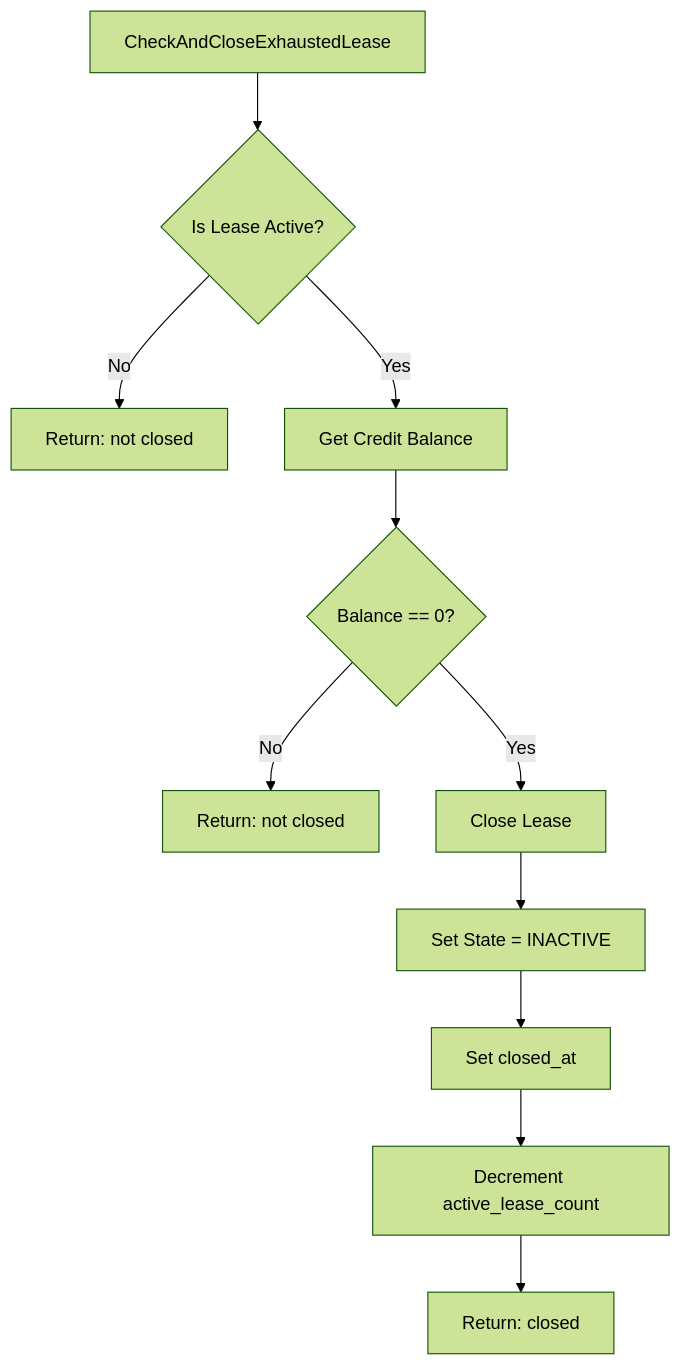
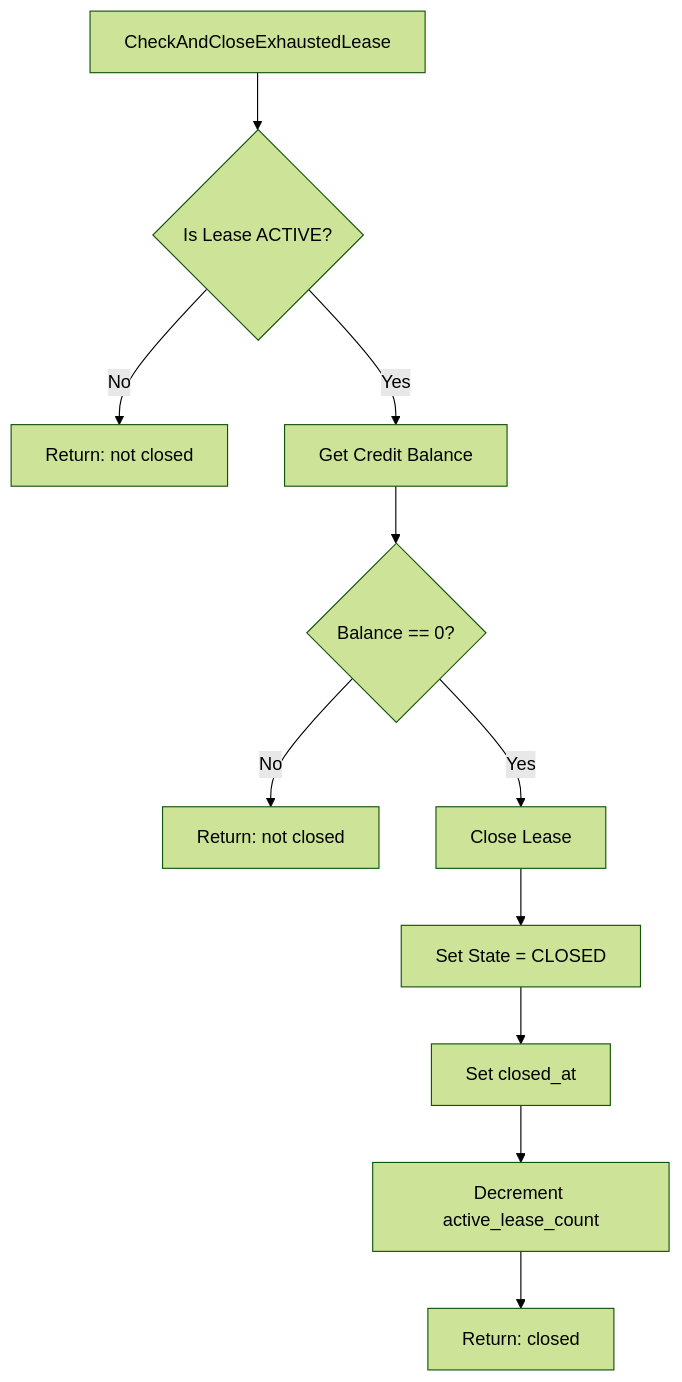
One commit to manifest-network/manifest-ledger changed diagram 12 of 12 in x/billing/docs/ARCHITECTURE.md. Above: the diagram before and after it, drawn with Mermaid (forest theme). The commit also changed other lines of this file and 26 other files, not shown here.

````diff
--- a/x/billing/docs/ARCHITECTURE.md
+++ b/x/billing/docs/ARCHITECTURE.md
@@ -379,13 +492,13 @@
 ```mermaid
 flowchart TD
-    A[CheckAndCloseExhaustedLease] --> B{Is Lease Active?}
+    A[CheckAndCloseExhaustedLease] --> B{Is Lease ACTIVE?}
     B -->|No| C[Return: not closed]
     B -->|Yes| D[Get Credit Balance]
     D --> E{Balance == 0?}
     E -->|No| F[Return: not closed]
     E -->|Yes| G[Close Lease]
-    G --> H[Set State = INACTIVE]
+    G --> H[Set State = CLOSED]
     H --> I[Set closed_at]
     I --> J[Decrement active_lease_count]
     J --> K[Return: closed]
 ```
````
